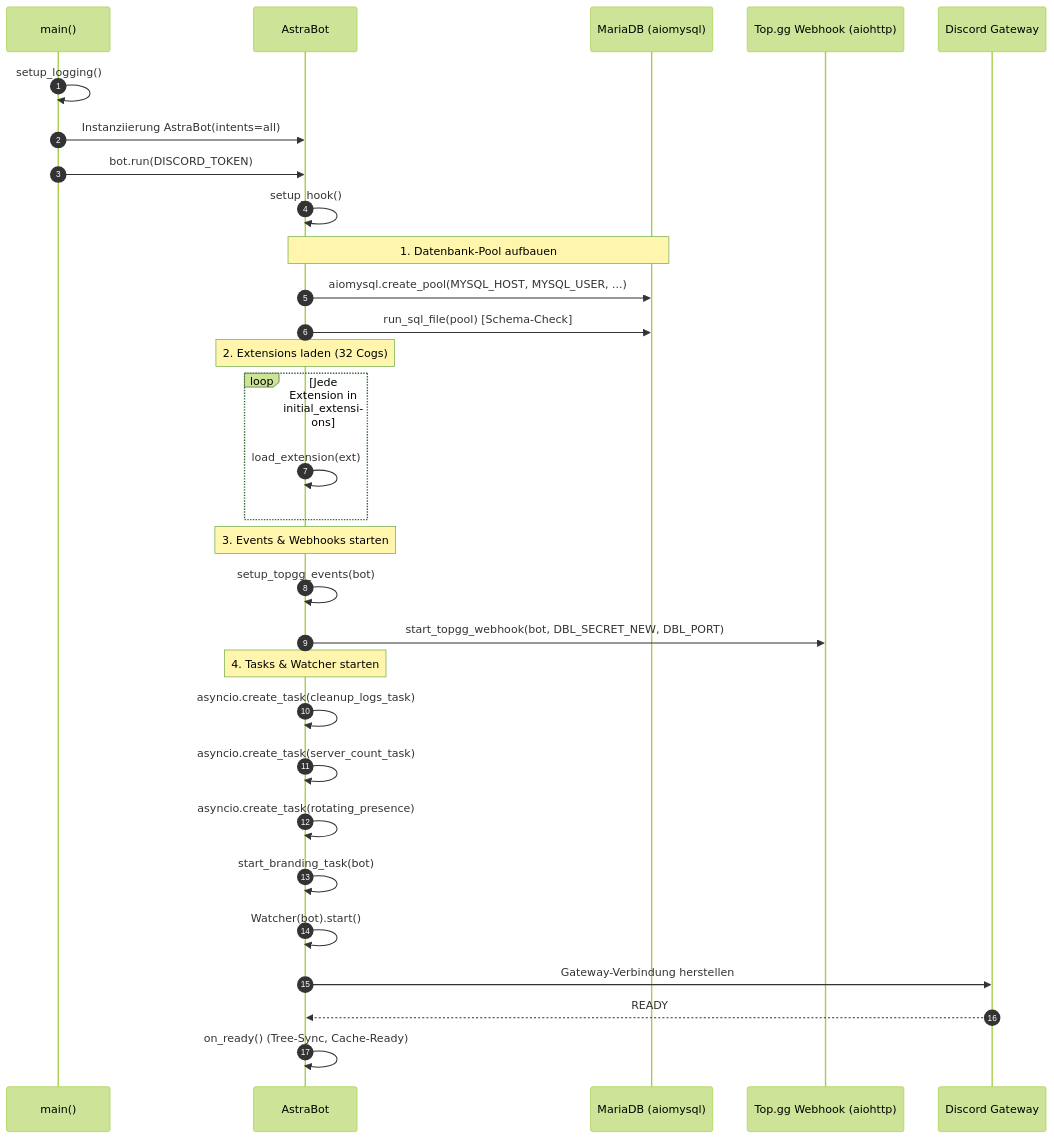
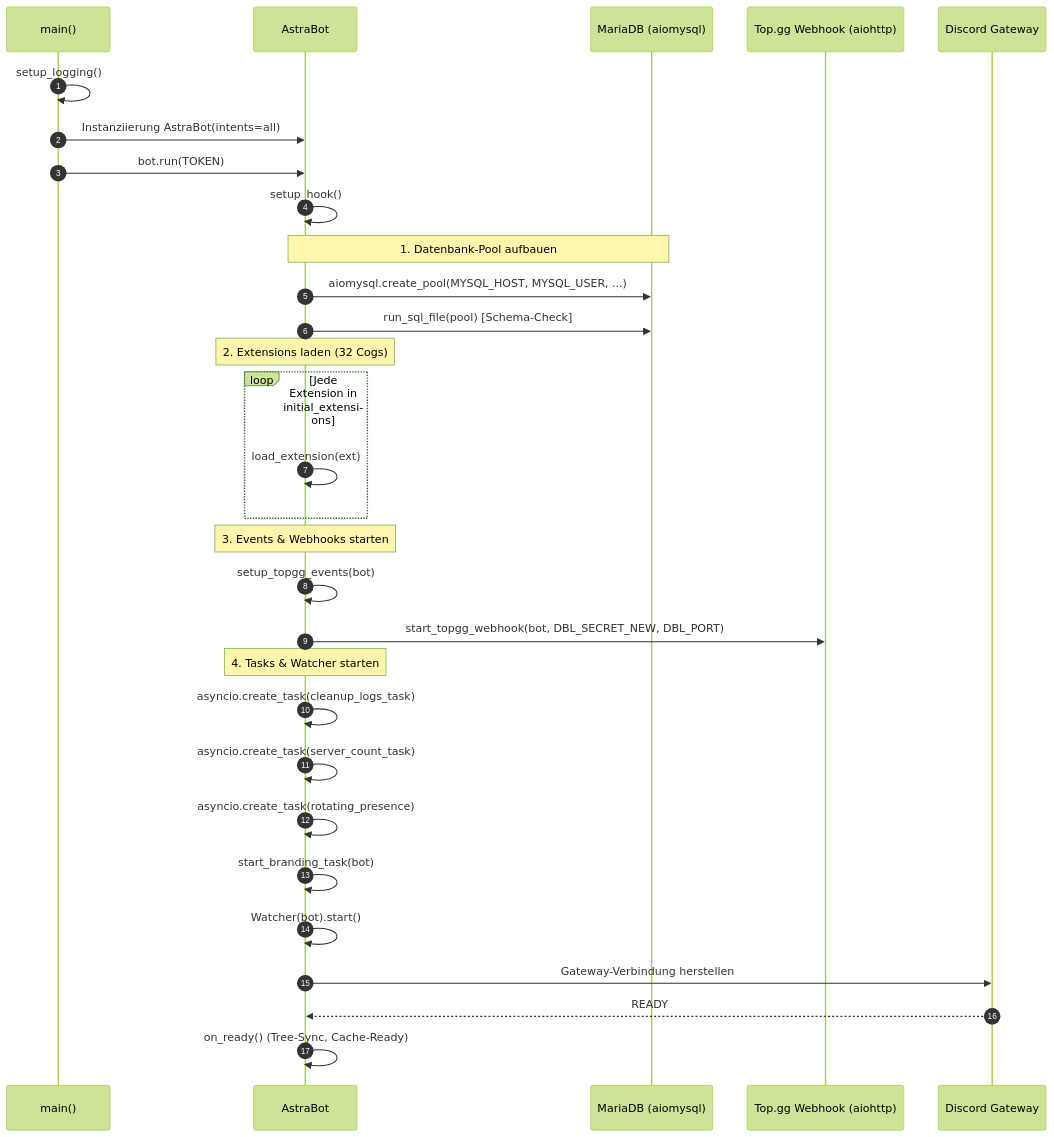
Before and after one commit to Philu2005/Astra: the first of 4 diagrams in docs/ARCHITECTURE.md, drawn with Mermaid (forest theme). The commit also changed other lines of this file and 2 other files, not shown here.

````diff
--- a/docs/ARCHITECTURE.md
+++ b/docs/ARCHITECTURE.md
@@ -159,33 +159,33 @@
 ```mermaid
 sequenceDiagram
     autonumber
     participant Main as main()
     participant Bot as AstraBot
     participant DB as MariaDB (aiomysql)
     participant Webhook as Top.gg Webhook (aiohttp)
     participant Discord as Discord Gateway
 
     Main->>Main: setup_logging()
     Main->>Bot: Instanziierung AstraBot(intents=all)
-    Main->>Bot: bot.run(DISCORD_TOKEN)
+    Main->>Bot: bot.run(TOKEN)
     Bot->>Bot: setup_hook()
     Note over Bot,DB: 1. Datenbank-Pool aufbauen
     Bot->>DB: aiomysql.create_pool(MYSQL_HOST, MYSQL_USER, ...)
     Bot->>DB: run_sql_file(pool) [Schema-Check]
     Note over Bot: 2. Extensions laden (32 Cogs)
     loop Jede Extension in initial_extensions
         Bot->>Bot: load_extension(ext)
     end
     Note over Bot: 3. Events & Webhooks starten
     Bot->>Bot: setup_topgg_events(bot)
     Bot->>Webhook: start_topgg_webhook(bot, DBL_SECRET_NEW, DBL_PORT)
     Note over Bot: 4. Tasks & Watcher starten
     Bot->>Bot: asyncio.create_task(cleanup_logs_task)
     Bot->>Bot: asyncio.create_task(server_count_task)
     Bot->>Bot: asyncio.create_task(rotating_presence)
     Bot->>Bot: start_branding_task(bot)
     Bot->>Bot: Watcher(bot).start()
     Bot->>Discord: Gateway-Verbindung herstellen
     Discord-->>Bot: READY
     Bot->>Bot: on_ready() (Tree-Sync, Cache-Ready)
 ```
````
